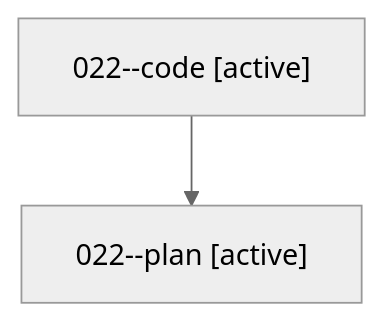
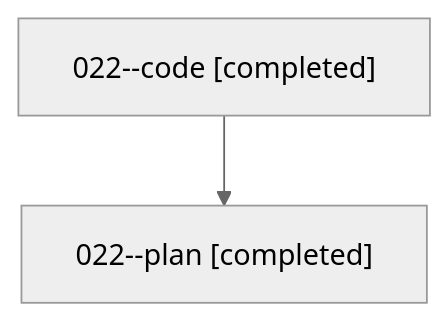
The diagram in families/bbugyi200.athena.022.md (bobs-org/bob-cli--agents), drawn with Mermaid (neutral theme) before and after one commit. The commit also changed other lines of this file and 65 other files, not shown here.

````diff
--- a/families/bbugyi200.athena.022.md
+++ b/families/bbugyi200.athena.022.md
@@ -9,6 +9,6 @@
 ```mermaid
 flowchart TD
-  n0["022--code [active]"]
-  n1["022--plan [active]"]
+  n0["022--code [completed]"]
+  n1["022--plan [completed]"]
   n0 --> n1
 ```
````
